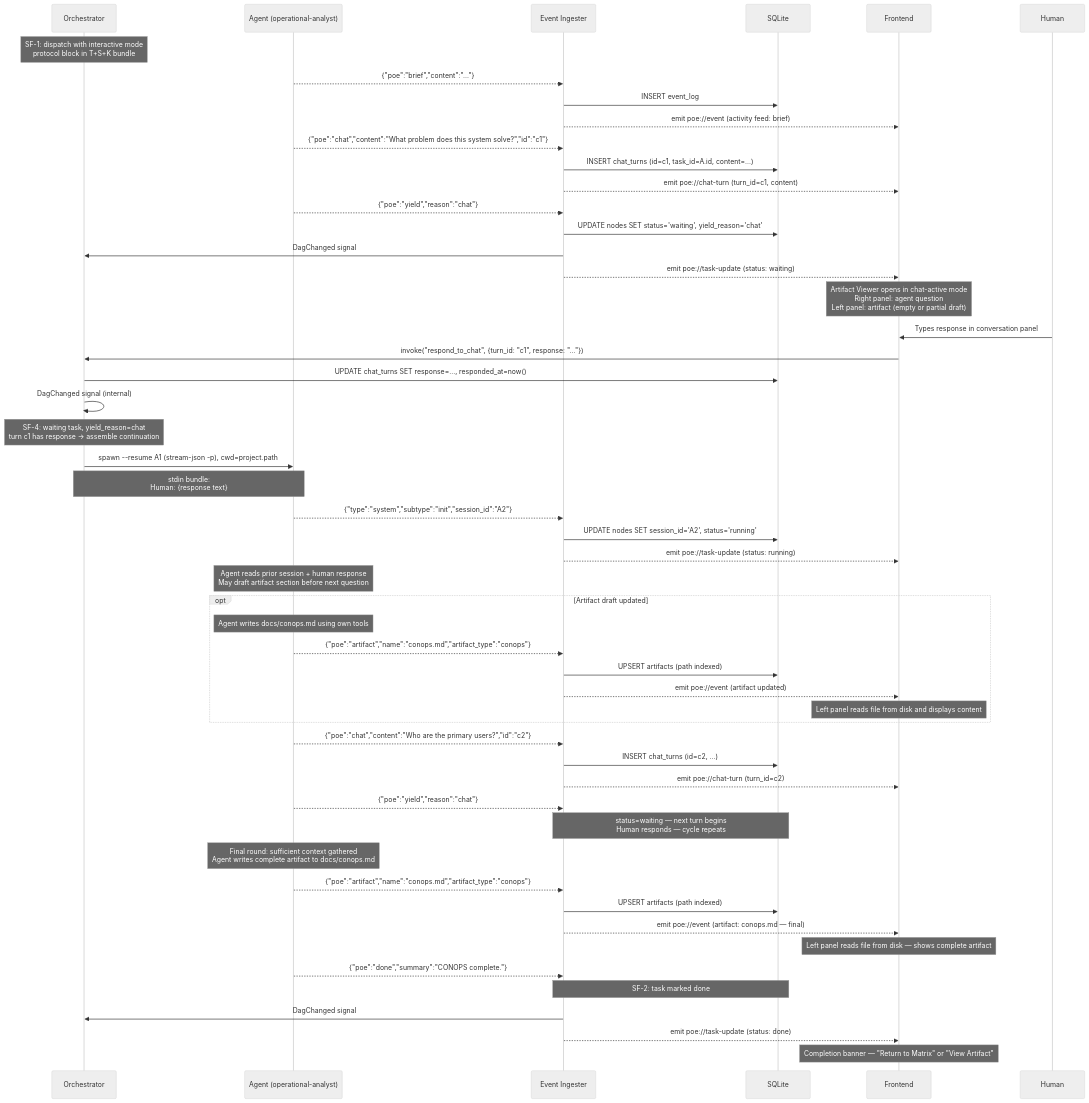
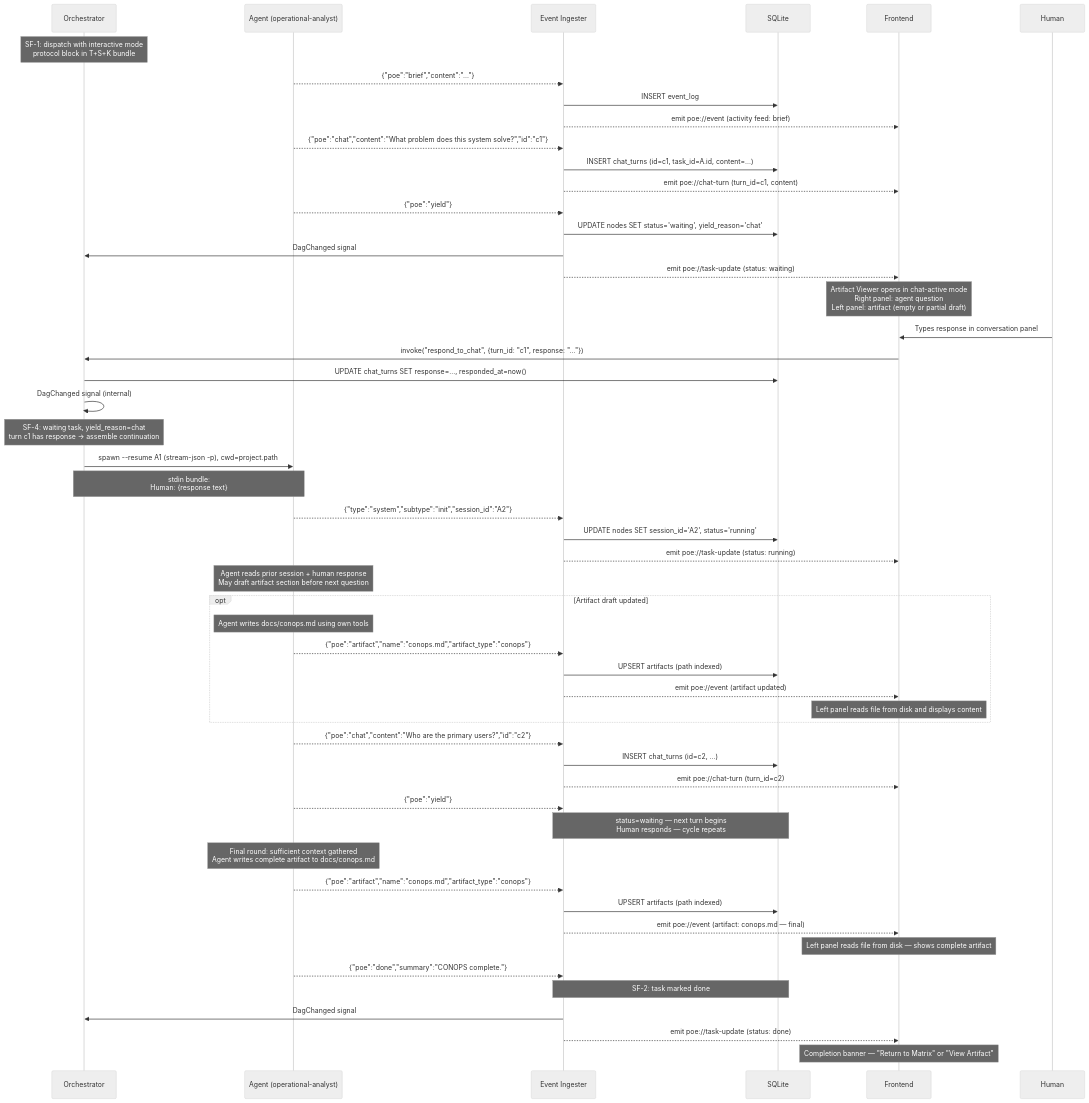
Before and after one commit to grant-traynor/bp6: the ninth of 10 diagrams in doc-POE/Flows.md, drawn with Mermaid (neutral theme). The commit also changed other lines of this file and 3 other files, not shown here.

````diff
--- a/doc-POE/Flows.md
+++ b/doc-POE/Flows.md
@@ -1173,71 +1175,71 @@
 ```mermaid
 sequenceDiagram
     participant Orch as Orchestrator
     participant A as Agent (operational-analyst)
     participant Ing as Event Ingester
     participant DB as SQLite
     participant FE as Frontend
     participant Human as Human
 
     Note over Orch: SF-1: dispatch with interactive mode<br/>protocol block in T+S+K bundle
 
     A-->>Ing: {"poe":"brief","content":"..."}
     Ing->>DB: INSERT event_log
     Ing-->>FE: emit poe://event (activity feed: brief)
 
     A-->>Ing: {"poe":"chat","content":"What problem does this system solve?","id":"c1"}
     Ing->>DB: INSERT chat_turns (id=c1, task_id=A.id, content=...)
     Ing-->>FE: emit poe://chat-turn (turn_id=c1, content)
 
-    A-->>Ing: {"poe":"yield","reason":"chat"}
+    A-->>Ing: {"poe":"yield"}
     Ing->>DB: UPDATE nodes SET status='waiting', yield_reason='chat'
     Ing->>Orch: DagChanged signal
     Ing-->>FE: emit poe://task-update (status: waiting)
 
     Note over FE: Artifact Viewer opens in chat-active mode<br/>Right panel: agent question<br/>Left panel: artifact (empty or partial draft)
 
     Human->>FE: Types response in conversation panel
     FE->>Orch: invoke("respond_to_chat", {turn_id: "c1", response: "..."})
 
     Orch->>DB: UPDATE chat_turns SET response=..., responded_at=now()
     Orch->>Orch: DagChanged signal (internal)
 
     Note over Orch: SF-4: waiting task, yield_reason=chat<br/>turn c1 has response → assemble continuation
 
     Orch->>A: spawn --resume A1 (stream-json -p), cwd=project.path
     Note over Orch,A: stdin bundle:<br/>Human: {response text}
 
     A-->>Ing: {"type":"system","subtype":"init","session_id":"A2"}
     Ing->>DB: UPDATE nodes SET session_id='A2', status='running'
     Ing-->>FE: emit poe://task-update (status: running)
 
     Note over A: Agent reads prior session + human response<br/>May draft artifact section before next question
 
     opt Artifact draft updated
         Note over A: Agent writes docs/conops.md using own tools
         A-->>Ing: {"poe":"artifact","name":"conops.md","artifact_type":"conops"}
         Ing->>DB: UPSERT artifacts (path indexed)
         Ing-->>FE: emit poe://event (artifact updated)
         Note over FE: Left panel reads file from disk and displays content
     end
 
     A-->>Ing: {"poe":"chat","content":"Who are the primary users?","id":"c2"}
     Ing->>DB: INSERT chat_turns (id=c2, ...)
     Ing-->>FE: emit poe://chat-turn (turn_id=c2)
 
-    A-->>Ing: {"poe":"yield","reason":"chat"}
+    A-->>Ing: {"poe":"yield"}
     Note over Ing,DB: status=waiting — next turn begins<br/>Human responds — cycle repeats
 
     Note over A: Final round: sufficient context gathered<br/>Agent writes complete artifact to docs/conops.md
 
     A-->>Ing: {"poe":"artifact","name":"conops.md","artifact_type":"conops"}
     Ing->>DB: UPSERT artifacts (path indexed)
     Ing-->>FE: emit poe://event (artifact: conops.md — final)
     Note over FE: Left panel reads file from disk — shows complete artifact
 
     A-->>Ing: {"poe":"done","summary":"CONOPS complete."}
     Note over Ing,DB: SF-2: task marked done
     Ing->>Orch: DagChanged signal
     Ing-->>FE: emit poe://task-update (status: done)
     Note over FE: Completion banner — "Return to Matrix" or "View Artifact"
 ```
````
